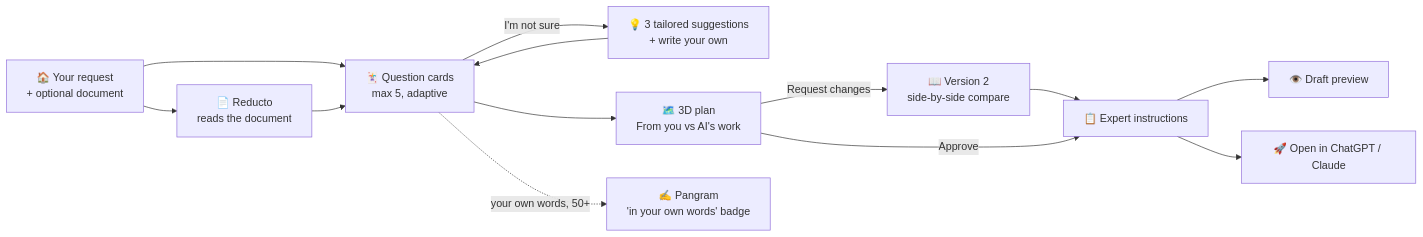
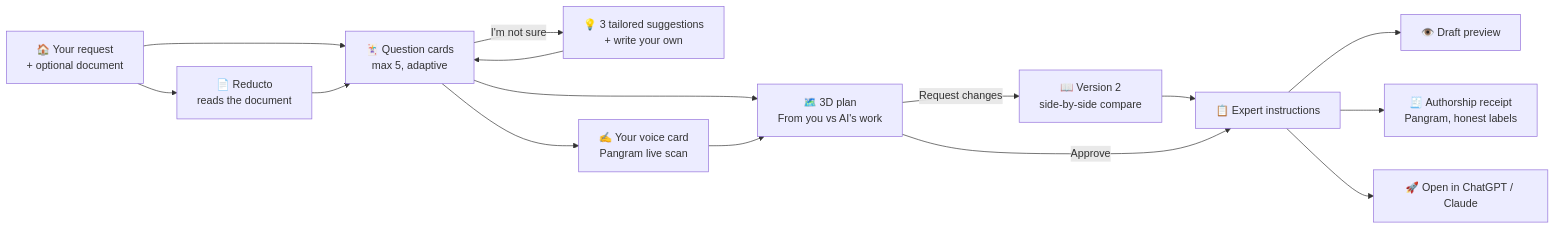
One commit to AKilalours/AskmeFirst changed the diagram in README.md. Above: the diagram before and after it, drawn with Mermaid. The commit also changed other lines of this file and 3 other files, not shown here.

Commit message:
Languages, Pangram voice scan, authorship receipt

````diff
--- a/README.md
+++ b/README.md
@@ -74,15 +77,17 @@
 ```mermaid
 flowchart LR
     A["🏠 Your request<br/>+ optional document"] --> B["📄 Reducto<br/>reads the document"]
     A --> C["🃏 Question cards<br/>max 5, adaptive"]
     B --> C
     C -->|"I'm not sure"| S["💡 3 tailored suggestions<br/>+ write your own"]
     S --> C
     C --> P["🗺️ 3D plan<br/>From you vs AI's work"]
-    C -.->|"your own words, 50+"| G["✍️ Pangram<br/>'in your own words' badge"]
+    C --> W["✍️ Your voice card<br/>Pangram live scan"]
+    W --> P
     P -->|Request changes| P2["📖 Version 2<br/>side-by-side compare"]
     P2 --> H
     P -->|Approve| H["📋 Expert instructions"]
     H --> V["👁️ Draft preview"]
+    H --> R["🧾 Authorship receipt<br/>Pangram, honest labels"]
     H --> O["🚀 Open in ChatGPT / Claude"]
 ```
````
